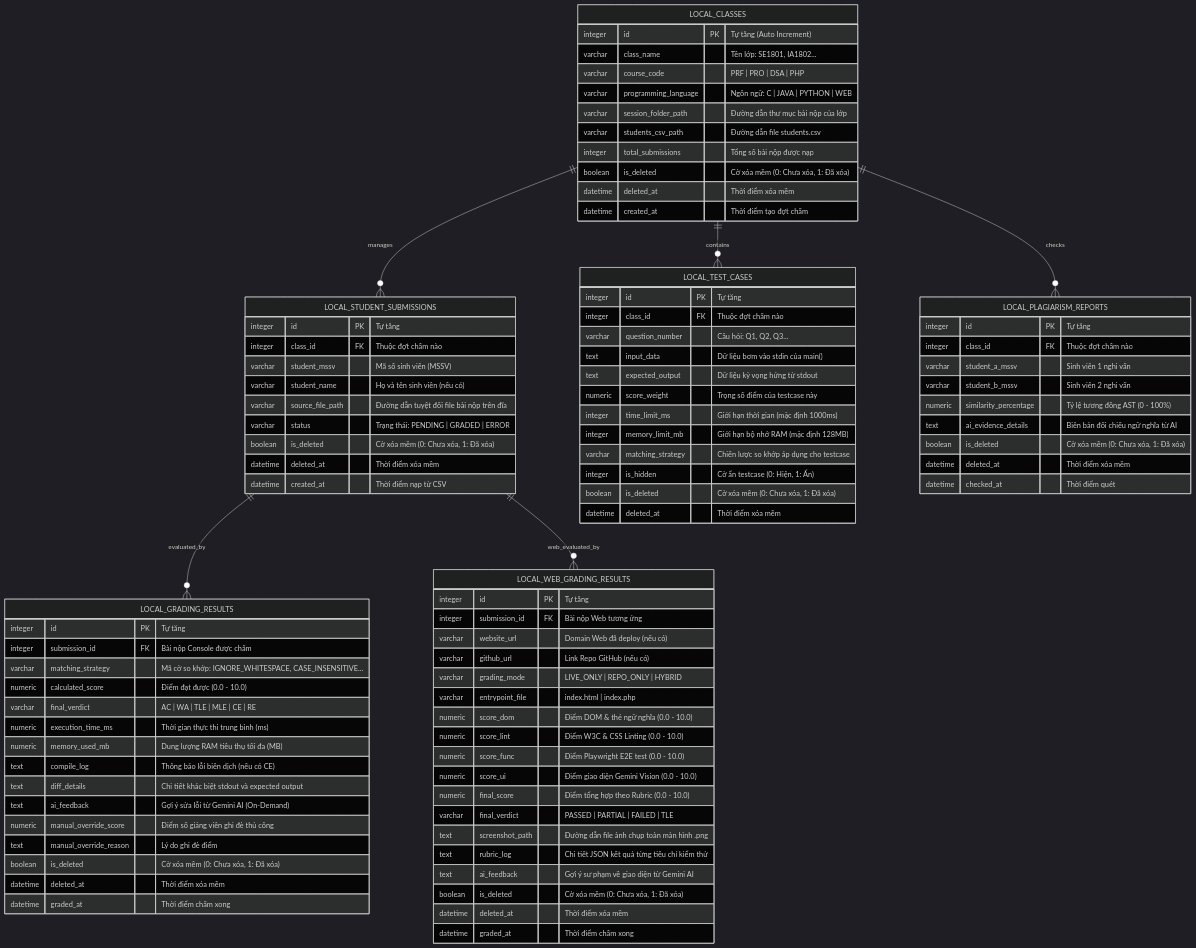
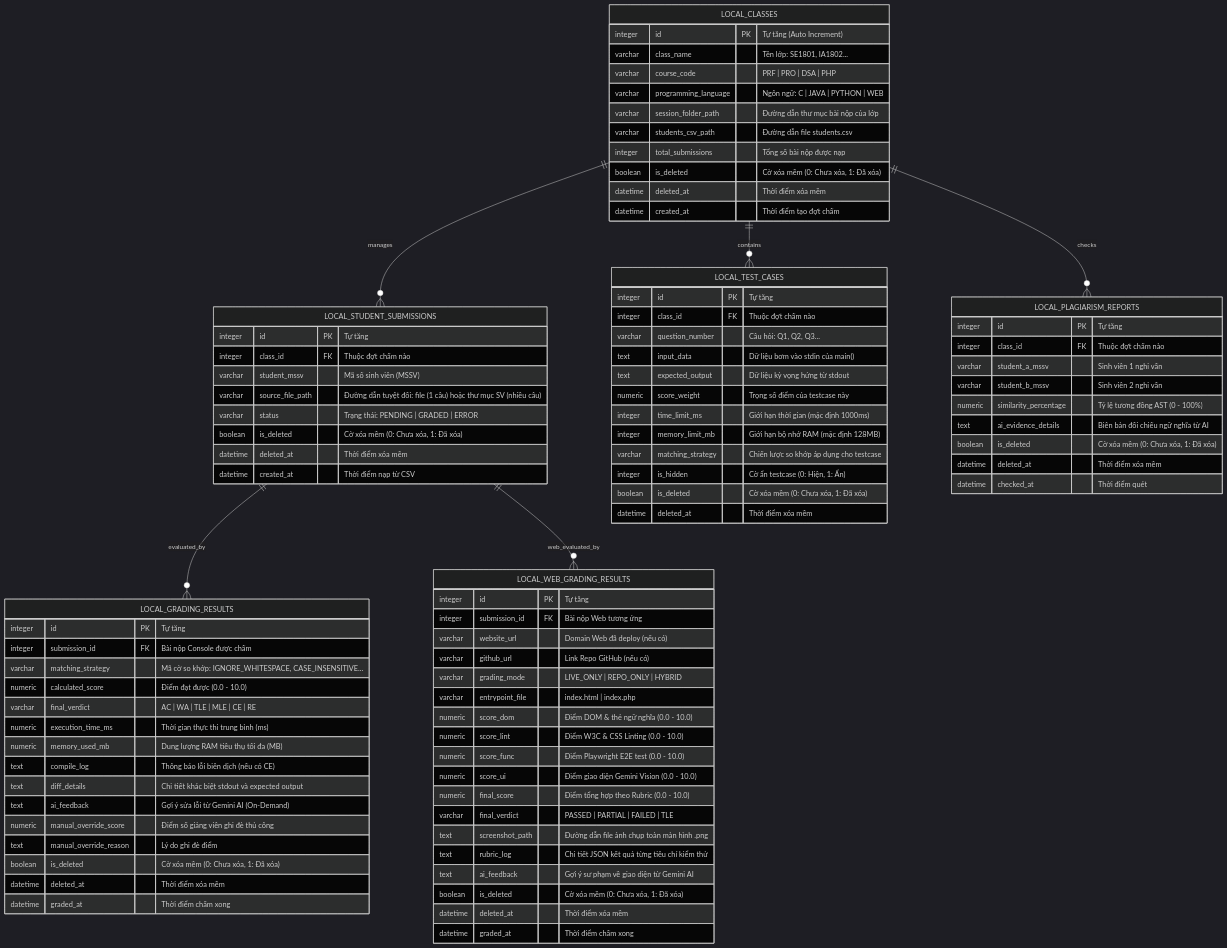
The second of 2 diagrams in docs/architecture/database_schema.md (gray8493/iata_project), drawn with Mermaid (dark theme) before and after one commit. The commit also changed other lines of this file and 21 other files, not shown here.

Commit message:
feat: implement desktop client architecture, UI windows, database manager, and documentation

```diff
--- a/docs/architecture/database_schema.md
+++ b/docs/architecture/database_schema.md
@@ -98,8 +98,7 @@
         integer id PK "Tự tăng"
         integer class_id FK "Thuộc đợt chấm nào"
         varchar student_mssv "Mã số sinh viên (MSSV)"
-        varchar student_name "Họ và tên sinh viên (nếu có)"
-        varchar source_file_path "Đường dẫn tuyệt đối file bài nộp trên đĩa"
+        varchar source_file_path "Đường dẫn tuyệt đối: file (1 câu) hoặc thư mục SV (nhiều câu)"
         varchar status "Trạng thái: PENDING | GRADED | ERROR"
         boolean is_deleted "Cờ xóa mềm (0: Chưa xóa, 1: Đã xóa)"
         datetime deleted_at "Thời điểm xóa mềm"
```
